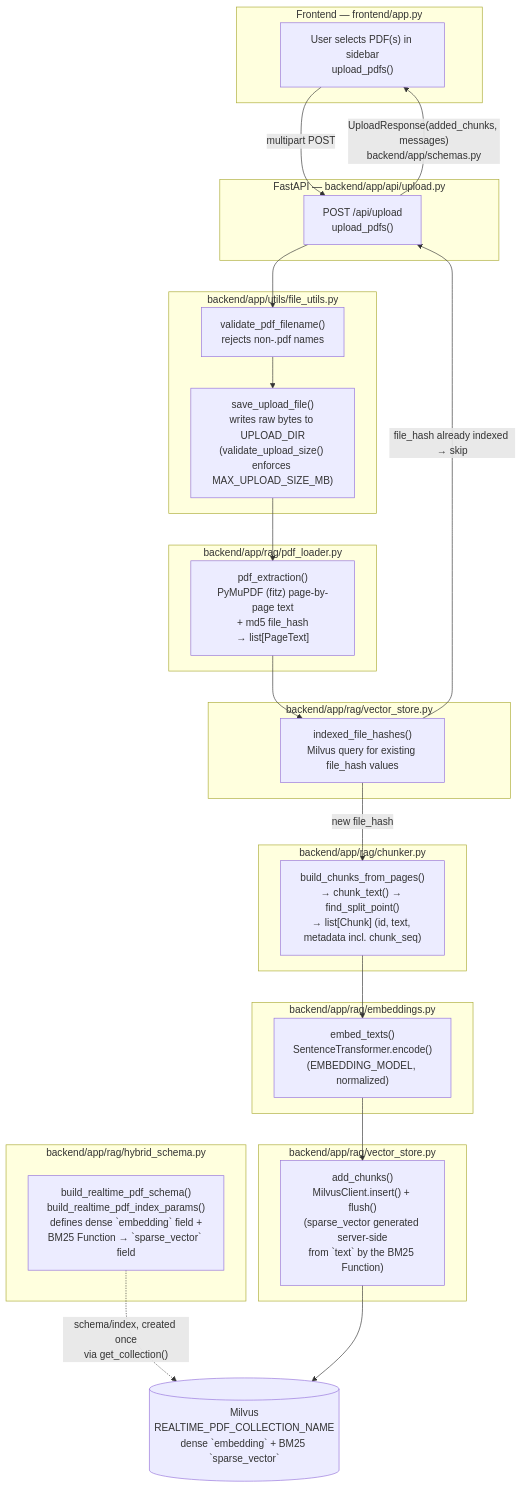
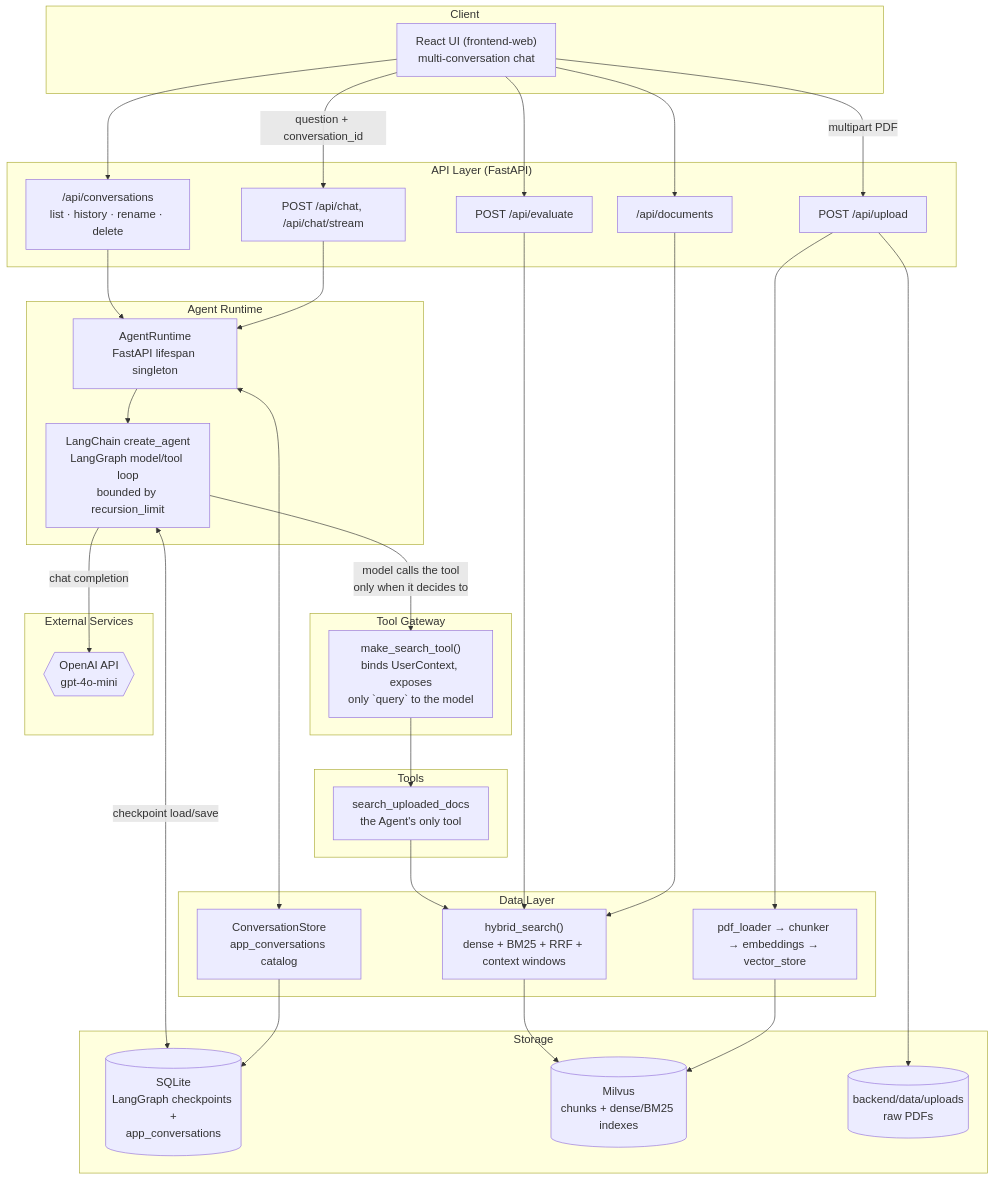
Before and after one commit to zhangbssan/RAG_Document_Chat: the first of 2 diagrams in docs/architecture.md, drawn with Mermaid. The commit also changed other lines of this file and 9 other files, not shown here.

First line of the commit message:
Retire the Streamlit frontend in favor of frontend-web (React); add architecture docs

````diff
--- a/docs/architecture.md
+++ b/docs/architecture.md
@@ -101,51 +139,56 @@
 ```mermaid
-flowchart TD
-    subgraph FE["Frontend — frontend/app.py"]
-        A["User selects PDF(s) in sidebar<br/>upload_pdfs()"]
+%%{init: {"themeVariables": {"fontSize": "18px"}, "flowchart": {"fontSize": 18, "nodeSpacing": 40, "rankSpacing": 55}}}%%
+flowchart TB
+    subgraph CLIENT["Client"]
+        UI["React UI (frontend-web)<br/>multi-conversation chat"]
     end
 
-    subgraph EP["FastAPI — backend/app/api/upload.py"]
-        B["POST /api/upload<br/>upload_pdfs()"]
+    subgraph API["API Layer (FastAPI)"]
+        UP["POST /api/upload"]
+        CHAT["POST /api/chat, /api/chat/stream"]
+        CONV["/api/conversations<br/>list · history · rename · delete"]
+        DOCS["/api/documents"]
+        EVAL["POST /api/evaluate"]
     end
 
-    subgraph UTIL["backend/app/utils/file_utils.py"]
-        C1["validate_pdf_filename()<br/>rejects non-.pdf names"]
-        C2["save_upload_file()<br/>writes raw bytes to UPLOAD_DIR<br/>(validate_upload_size() enforces MAX_UPLOAD_SIZE_MB)"]
+    subgraph RUNTIME["Agent Runtime"]
+        LIFE["AgentRuntime<br/>FastAPI lifespan singleton"]
+        AGENT["LangChain create_agent<br/>LangGraph model/tool loop<br/>bounded by recursion_limit"]
     end
 
-    subgraph LOADER["backend/app/rag/pdf_loader.py"]
-        D["pdf_extraction()<br/>PyMuPDF (fitz) page-by-page text<br/>+ md5 file_hash<br/>→ list[PageText]"]
+    subgraph GATEWAY["Tool Gateway"]
+        MAKE["make_search_tool()<br/>binds UserContext, exposes<br/>only `query` to the model"]
     end
 
-    subgraph VS1["backend/app/rag/vector_store.py"]
-        E["indexed_file_hashes()<br/>Milvus query for existing file_hash values"]
+    subgraph TOOLS["Tools"]
+        TOOL["search_uploaded_docs<br/>the Agent's only tool"]
     end
 
-    subgraph CHUNK["backend/app/rag/chunker.py"]
-        F["build_chunks_from_pages()<br/>→ chunk_text() → find_split_point()<br/>→ list[Chunk] (id, text, metadata incl. chunk_seq)"]
+    subgraph DATA["Data Layer"]
+        RETRIEVE["hybrid_search()<br/>dense + BM25 + RRF + context windows"]
+        INGEST["pdf_loader → chunker → embeddings → vector_store"]
+        CATALOG["ConversationStore<br/>app_conversations catalog"]
     end
 
-    subgraph EMBED["backend/app/rag/embeddings.py"]
-        G["embed_texts()<br/>SentenceTransformer.encode()<br/>(EMBEDDING_MODEL, normalized)"]
+    subgraph STORAGE["Storage"]
+        SQLITE[("SQLite<br/>LangGraph checkpoints +<br/>app_conversations")]
+        MILVUS[("Milvus<br/>chunks + dense/BM25 indexes")]
+        DISK[("backend/data/uploads<br/>raw PDFs")]
     end
 
-    subgraph SCHEMA["backend/app/rag/hybrid_schema.py"]
-        HS["build_realtime_pdf_schema()<br/>build_realtime_pdf_index_params()<br/>defines dense `embedding` field +<br/>BM25 Function → `sparse_vector` field"]
+    subgraph EXTERNAL["External Services"]
+        OPENAI{{"OpenAI API<br/>gpt-4o-mini"}}
     end
 
-    subgraph VS2["backend/app/rag/vector_store.py"]
-        H["add_chunks()<br/>MilvusClient.insert() + flush()<br/>(sparse_vector generated server-side<br/>from `text` by the BM25 Function)"]
-    end
-
-    MILVUS[("Milvus<br/>REALTIME_PDF_COLLECTION_NAME<br/>dense `embedding` + BM25 `sparse_vector`")]
-
-    A -->|"multipart POST"| B
-    B --> C1 --> C2 --> D
-    D --> E
-    E -->|"file_hash already indexed → skip"| B
-    E -->|"new file_hash"| F
-    F --> G --> H
-    HS -.->|"schema/index, created once<br/>via get_collection()"| MILVUS
-    H --> MILVUS
-    B -->|"UploadResponse(added_chunks, messages)<br/>backend/app/schemas.py"| A
+    UI -->|"multipart PDF"| UP --> INGEST --> MILVUS
+    UP --> DISK
+    UI -->|"question + conversation_id"| CHAT --> LIFE
+    UI --> CONV --> LIFE
+    UI --> DOCS --> RETRIEVE
+    UI --> EVAL --> RETRIEVE
+    LIFE --> AGENT
+    LIFE <--> CATALOG --> SQLITE
+    AGENT <-->|"checkpoint load/save"| SQLITE
+    AGENT -->|"model calls the tool<br/>only when it decides to"| MAKE --> TOOL --> RETRIEVE --> MILVUS
+    AGENT -->|"chat completion"| OPENAI
 ```
````
